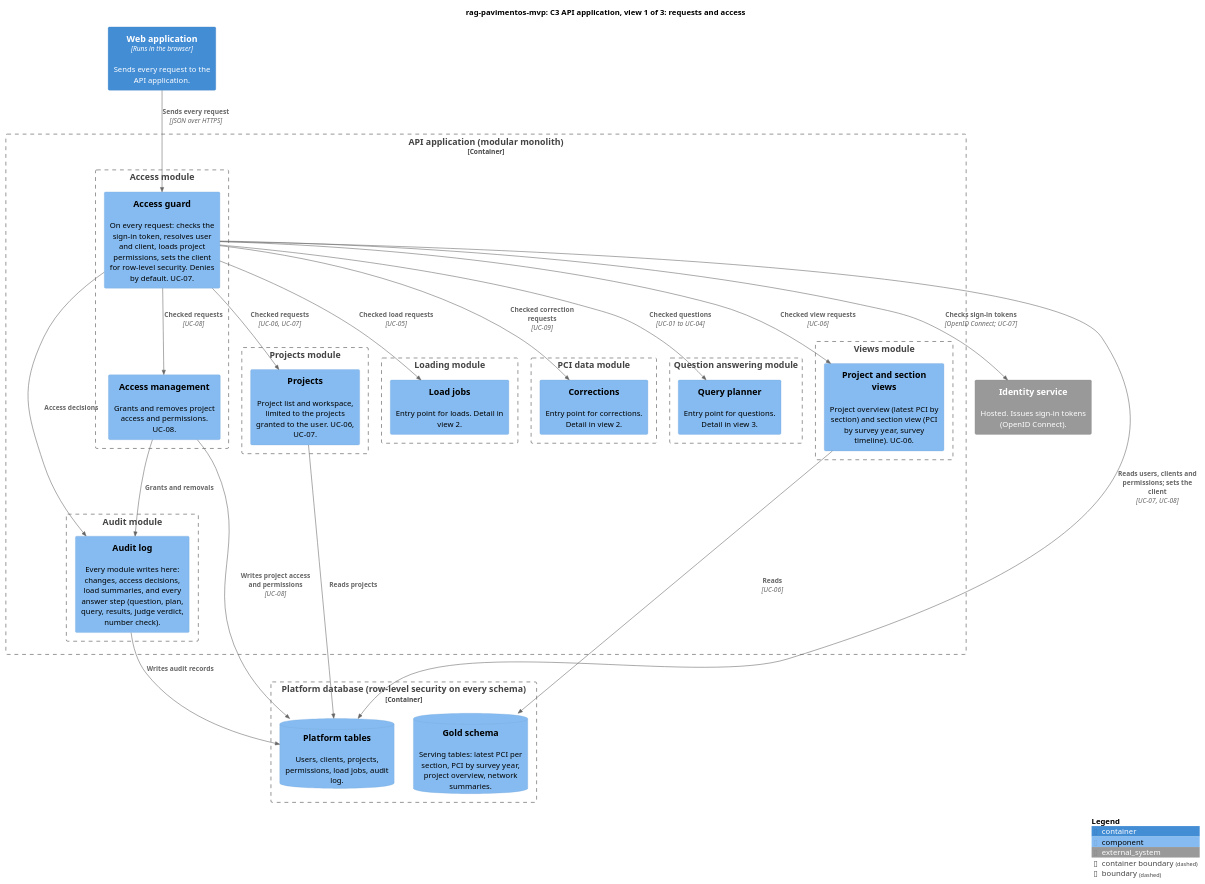
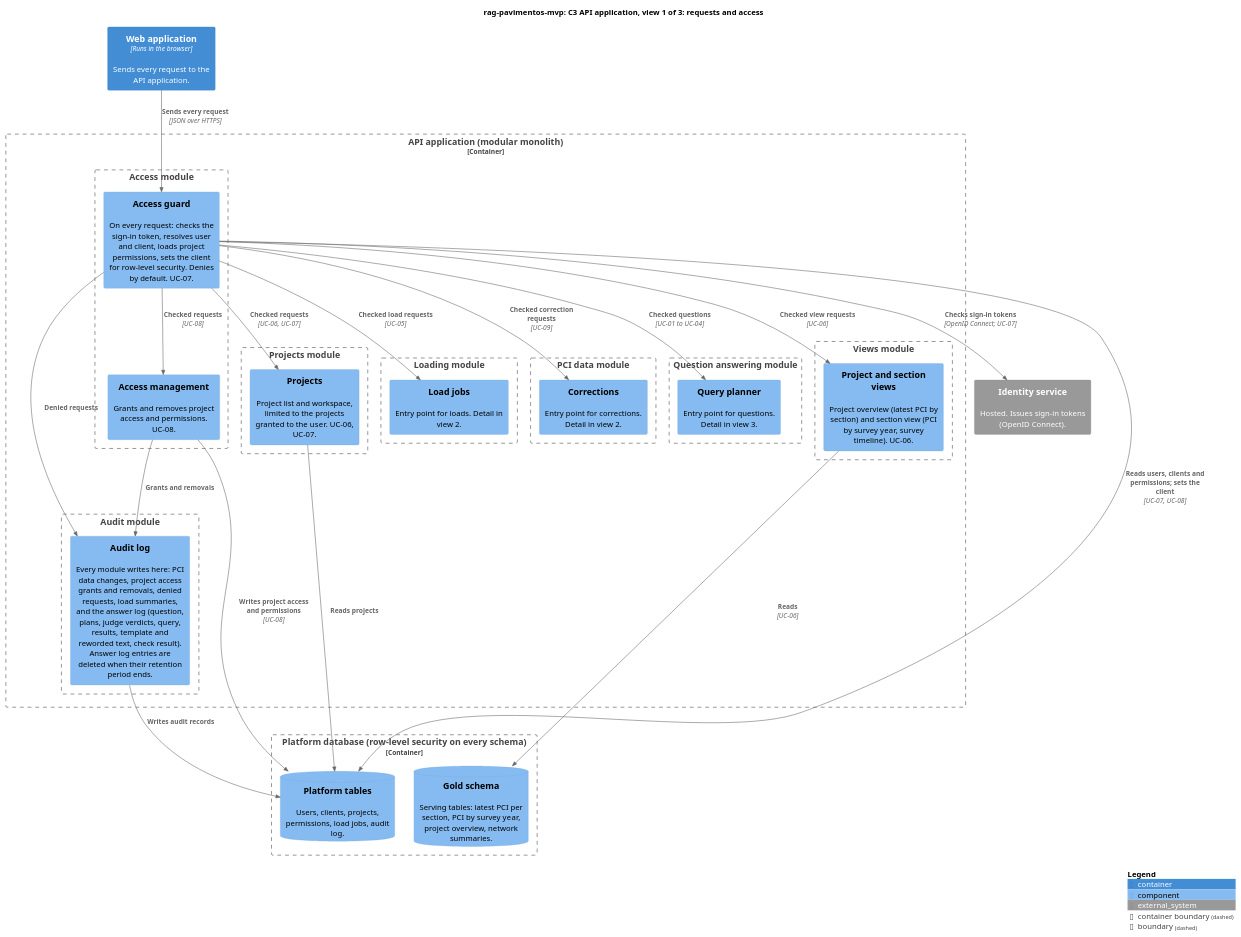
One commit to SAndrade2209/rag-pavimentos-mvp changed the first of 3 diagrams in docs/architecture/c4/c3-components.puml. Above: the diagram before and after it, drawn with PlantUML. The commit also changed other lines of this file and 5 other files, not shown here.

First line of the commit message:
Supersede grounding and backend ADRs after architecture review

```diff
--- a/docs/architecture/c4/c3-components.puml
+++ b/docs/architecture/c4/c3-components.puml
@@ -8,62 +8,62 @@
 @startuml c3-1-requests-and-access
 !include <C4/C4_Component>
 
 title rag-pavimentos-mvp: C3 API application, view 1 of 3: requests and access
 
 ' How every request is checked and routed. Views 2 and 3 show loading and answering in detail.
 ' The platform database is drawn with its schemas; it is still one database container (C2),
 ' with row-level security on every schema.
 ' Secrets (language model, identity service, agency connection) come from the cloud provider's
 ' secret manager, injected as settings when the application starts.
 
 Container(web, "Web application", "Runs in the browser", "Sends every request to the API application.")
 System_Ext(idp, "Identity service", "Hosted. Issues sign-in tokens (OpenID Connect).")
 
 Container_Boundary(api, "API application (modular monolith)") {
   Boundary(m_access, "Access module") {
     Component(guard, "Access guard", "", "On every request: checks the sign-in token, resolves user and client, loads project permissions, sets the client for row-level security. Denies by default. UC-07.")
     Component(access_mgmt, "Access management", "", "Grants and removes project access and permissions. UC-08.")
   }
   Boundary(m_projects, "Projects module") {
     Component(projects, "Projects", "", "Project list and workspace, limited to the projects granted to the user. UC-06, UC-07.")
   }
   Boundary(m_views, "Views module") {
     Component(views, "Project and section views", "", "Project overview (latest PCI by section) and section view (PCI by survey year, survey timeline). UC-06.")
   }
   Boundary(m_loading, "Loading module") {
     Component(jobs, "Load jobs", "", "Entry point for loads. Detail in view 2.")
   }
   Boundary(m_pci, "PCI data module") {
     Component(corrections, "Corrections", "", "Entry point for corrections. Detail in view 2.")
   }
   Boundary(m_qa, "Question answering module") {
     Component(planner, "Query planner", "", "Entry point for questions. Detail in view 3.")
   }
   Boundary(m_audit, "Audit module") {
-    Component(audit, "Audit log", "", "Every module writes here: changes, access decisions, load summaries, and every answer step (question, plan, query, results, judge verdict, number check).")
+    Component(audit, "Audit log", "", "Every module writes here: PCI data changes, project access grants and removals, denied requests, load summaries, and the answer log (question, plans, judge verdicts, query, results, template and reworded text, check result). Answer log entries are deleted when their retention period ends.")
   }
 }
 
 Container_Boundary(db, "Platform database (row-level security on every schema)") {
   ComponentDb(platform_tables, "Platform tables", "", "Users, clients, projects, permissions, load jobs, audit log.")
   ComponentDb(gold, "Gold schema", "", "Serving tables: latest PCI per section, PCI by survey year, project overview, network summaries.")
 }
 
 Rel(web, guard, "Sends every request", "JSON over HTTPS")
 Rel(guard, idp, "Checks sign-in tokens", "OpenID Connect; UC-07")
 Rel(guard, platform_tables, "Reads users, clients and permissions; sets the client", "UC-07, UC-08")
 Rel(guard, access_mgmt, "Checked requests", "UC-08")
 Rel(guard, projects, "Checked requests", "UC-06, UC-07")
 Rel(guard, views, "Checked view requests", "UC-06")
 Rel(guard, jobs, "Checked load requests", "UC-05")
 Rel(guard, corrections, "Checked correction requests", "UC-09")
 Rel(guard, planner, "Checked questions", "UC-01 to UC-04")
-Rel(guard, audit, "Access decisions")
+Rel(guard, audit, "Denied requests")
 Rel(access_mgmt, platform_tables, "Writes project access and permissions", "UC-08")
 Rel(access_mgmt, audit, "Grants and removals")
 Rel(projects, platform_tables, "Reads projects")
 Rel(views, gold, "Reads", "UC-06")
 Rel(audit, platform_tables, "Writes audit records")
 
 SHOW_LEGEND()
 @enduml
```
